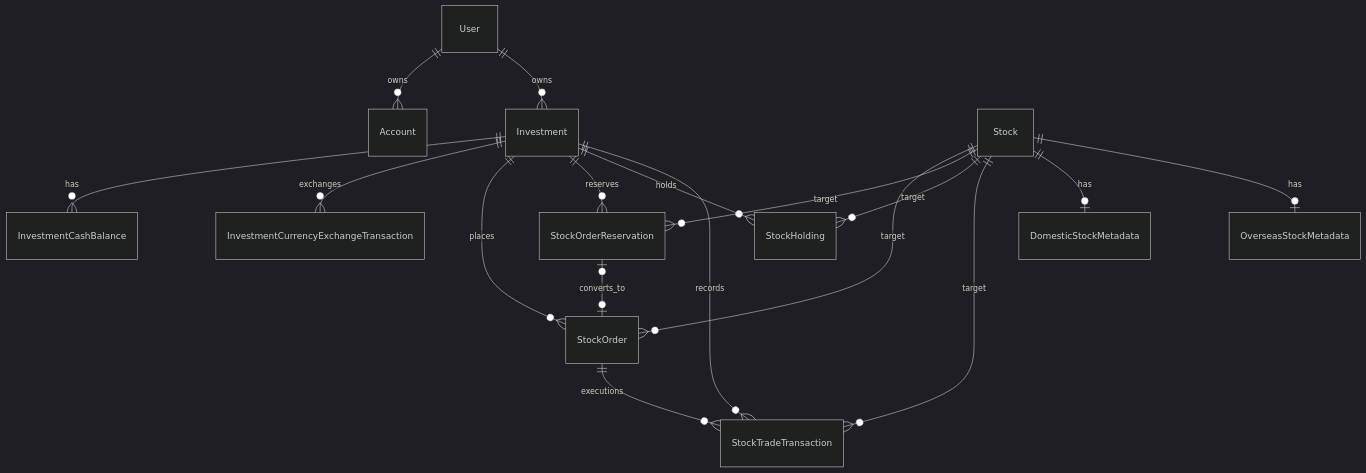
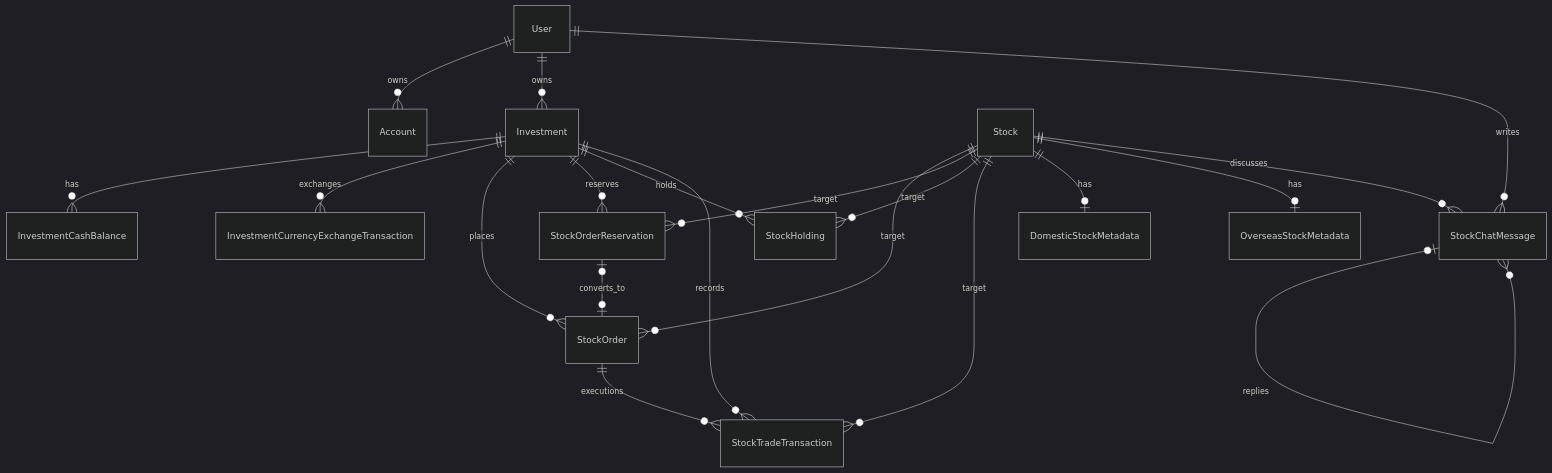
One commit to lim2952255/Finmate changed the diagram in docs/DOMAIN_MODEL.md. Above: the diagram before and after it, drawn with Mermaid (dark theme). The commit also changed other lines of this file and 22 other files, not shown here.

````diff
--- a/docs/DOMAIN_MODEL.md
+++ b/docs/DOMAIN_MODEL.md
@@ -5,19 +5,22 @@
 ```mermaid
 erDiagram
     User ||--o{ Account : owns
     User ||--o{ Investment : owns
     Investment ||--o{ InvestmentCashBalance : has
     Investment ||--o{ InvestmentCurrencyExchangeTransaction : exchanges
     Investment ||--o{ StockOrder : places
     Investment ||--o{ StockOrderReservation : reserves
     Investment ||--o{ StockHolding : holds
     Investment ||--o{ StockTradeTransaction : records
     Stock ||--o{ StockOrder : target
     Stock ||--o{ StockOrderReservation : target
     Stock ||--o{ StockHolding : target
     Stock ||--o{ StockTradeTransaction : target
     Stock ||--o| DomesticStockMetadata : has
     Stock ||--o| OverseasStockMetadata : has
+    Stock ||--o{ StockChatMessage : discusses
+    User ||--o{ StockChatMessage : writes
+    StockChatMessage o|--o{ StockChatMessage : replies
     StockOrderReservation o|--o| StockOrder : converts_to
     StockOrder ||--o{ StockTradeTransaction : executions
 ```
````
